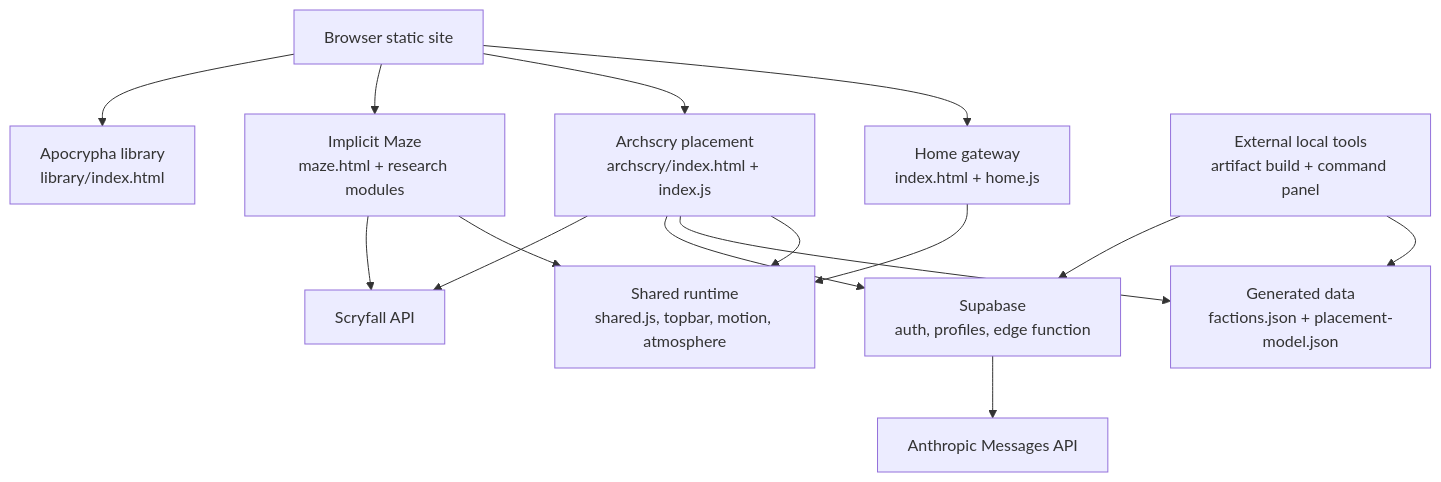
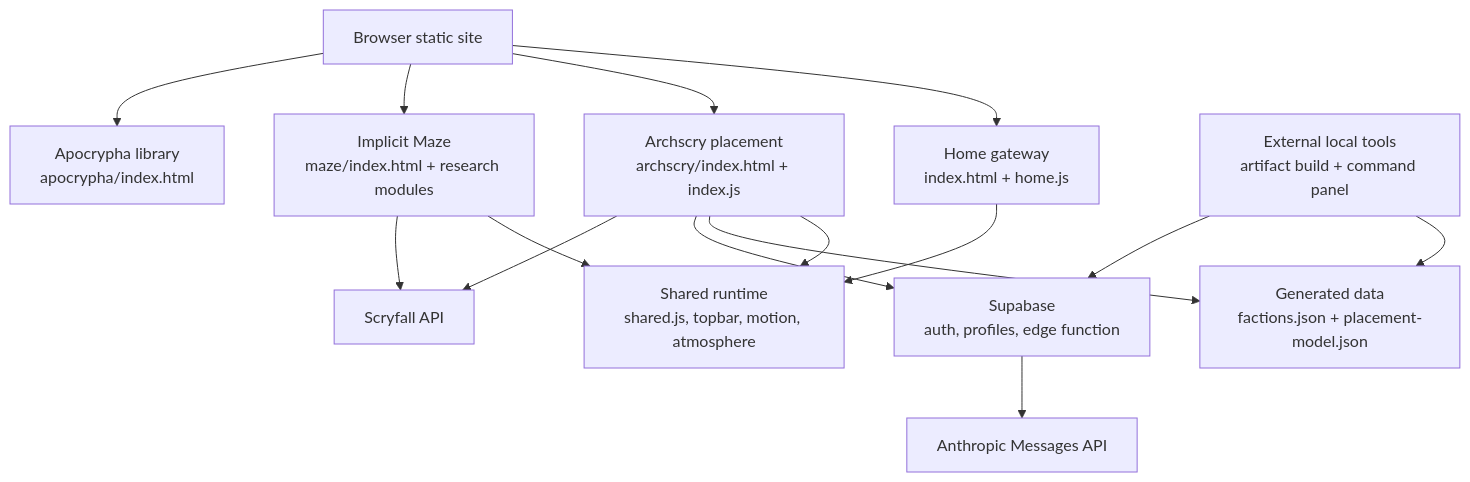
Before and after one commit to rboles84/mtgSiteWIP: the diagram in docs/diagrams/project-architecture.mmd, drawn with Mermaid. The commit also changed 43 other files, not shown here.

```diff
--- a/docs/diagrams/project-architecture.mmd
+++ b/docs/diagrams/project-architecture.mmd
@@ -1,27 +1,27 @@
 flowchart TD
   Browser["Browser static site"]
   Home["Home gateway<br/>index.html + home.js"]
   Archscry["Archscry placement<br/>archscry/index.html + index.js"]
-  Maze["Implicit Maze<br/>maze.html + research modules"]
-  Library["Apocrypha library<br/>library/index.html"]
+  Maze["Implicit Maze<br/>maze/index.html + research modules"]
+  Library["Apocrypha library<br/>apocrypha/index.html"]
   Shared["Shared runtime<br/>shared.js, topbar, motion, atmosphere"]
   Data["Generated data<br/>factions.json + placement-model.json"]
   Supabase["Supabase<br/>auth, profiles, edge function"]
   Anthropic["Anthropic Messages API"]
   Scryfall["Scryfall API"]
   Tools["External local tools<br/>artifact build + command panel"]
 
   Browser --> Home
   Browser --> Archscry
   Browser --> Maze
   Browser --> Library
   Home --> Shared
   Archscry --> Shared
   Maze --> Shared
   Archscry --> Data
   Archscry --> Supabase
   Supabase --> Anthropic
   Maze --> Scryfall
   Archscry --> Scryfall
   Tools --> Data
   Tools --> Supabase
```
